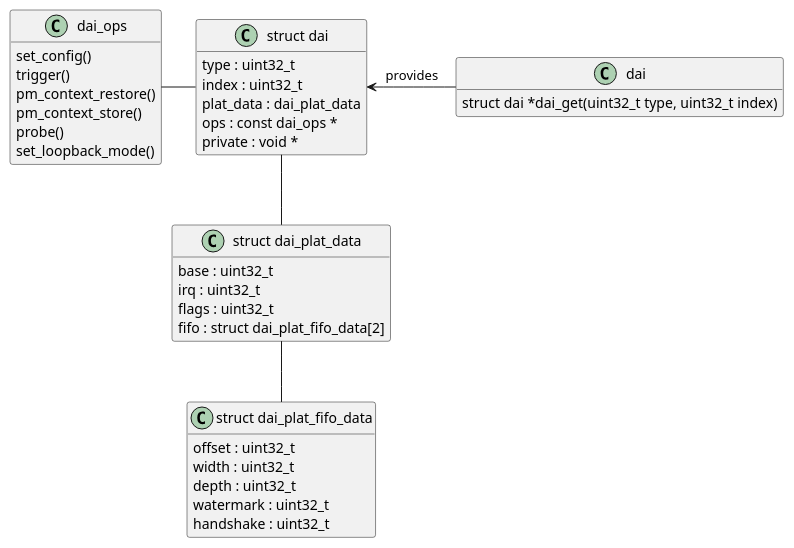
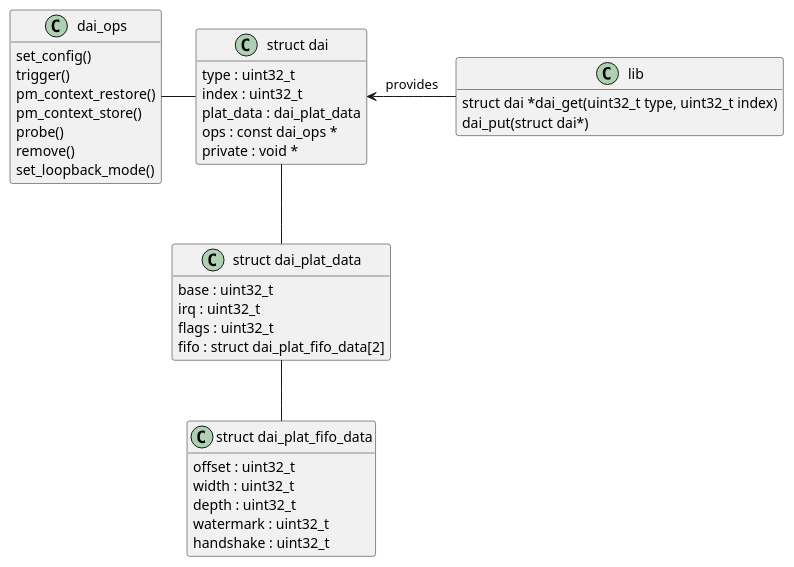
One commit to thesofproject/sof-docs changed the diagram in developer_guides/drivers/dai/images/dai-ops.pu. Above: the diagram before and after it, drawn with PlantUML. The commit also changed 8 other files, not shown here.

```diff
--- a/developer_guides/drivers/dai/images/dai-ops.pu
+++ b/developer_guides/drivers/dai/images/dai-ops.pu
@@ -1,45 +1,47 @@
-class dai {
+class lib {
    struct dai *dai_get(uint32_t type, uint32_t index)
+   dai_put(struct dai*)
 }
-hide dai attributes
+hide lib attributes
 
 class dai_ops {
    set_config()
    trigger()
    pm_context_restore()
    pm_context_store()
    probe()
+   remove()
    set_loopback_mode()
 }
 hide dai_ops attributes
 
 class "struct dai" as s_dai {
    type : uint32_t
    index : uint32_t
    plat_data : dai_plat_data
    ops : const dai_ops *
    private : void *
 }
 hide s_dai methods
 
 class "struct dai_plat_data" as s_dai_plat_data {
    base : uint32_t
    irq : uint32_t
    flags : uint32_t
    fifo : struct dai_plat_fifo_data[2]
 }
 hide s_dai_plat_data methods
 
 class "struct dai_plat_fifo_data" as s_dai_plat_fifo_data {
    offset : uint32_t
    width : uint32_t
    depth : uint32_t
    watermark : uint32_t
    handshake : uint32_t
 }
 hide s_dai_plat_fifo_data methods
 
 dai_ops - s_dai
 s_dai -- s_dai_plat_data
 s_dai_plat_data -- s_dai_plat_fifo_data
-s_dai <- dai : provides
+s_dai <- lib : provides
```
